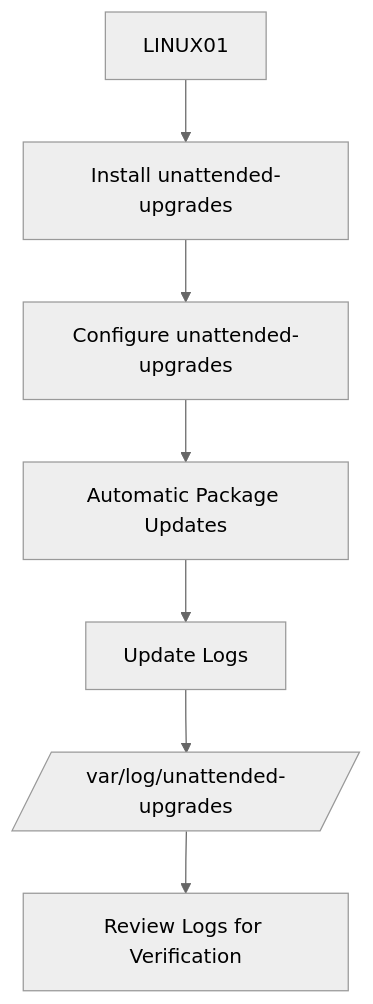
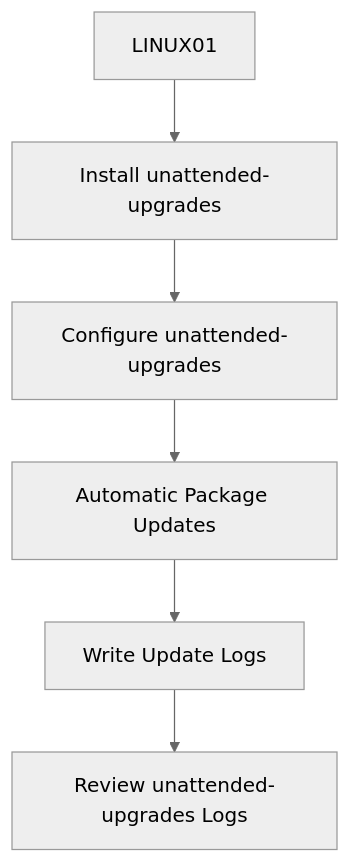
Before and after one commit to waltercalderonwork255-hue/SysAdmin-HomeLab: the seventh of 10 diagrams in Automation/Diagrams.md, drawn with Mermaid (neutral theme). The commit also changed other lines of this file, not shown here.

````diff
--- a/Automation/Diagrams.md
+++ b/Automation/Diagrams.md
@@ -168,9 +158,8 @@
 ```mermaid
 flowchart TD
-    A[LINUX01] --> B[Install unattended-upgrades]
-    B --> C[Configure unattended-upgrades]
-    C --> D[Automatic Package Updates]
-    D --> E[Update Logs]
-    E --> F[/var/log/unattended-upgrades/]
-    F --> G[Review Logs for Verification]
+    A["LINUX01"] --> B["Install unattended-upgrades"]
+    B --> C["Configure unattended-upgrades"]
+    C --> D["Automatic Package Updates"]
+    D --> E["Write Update Logs"]
+    E --> F["Review unattended-upgrades Logs"]
 ```
````
